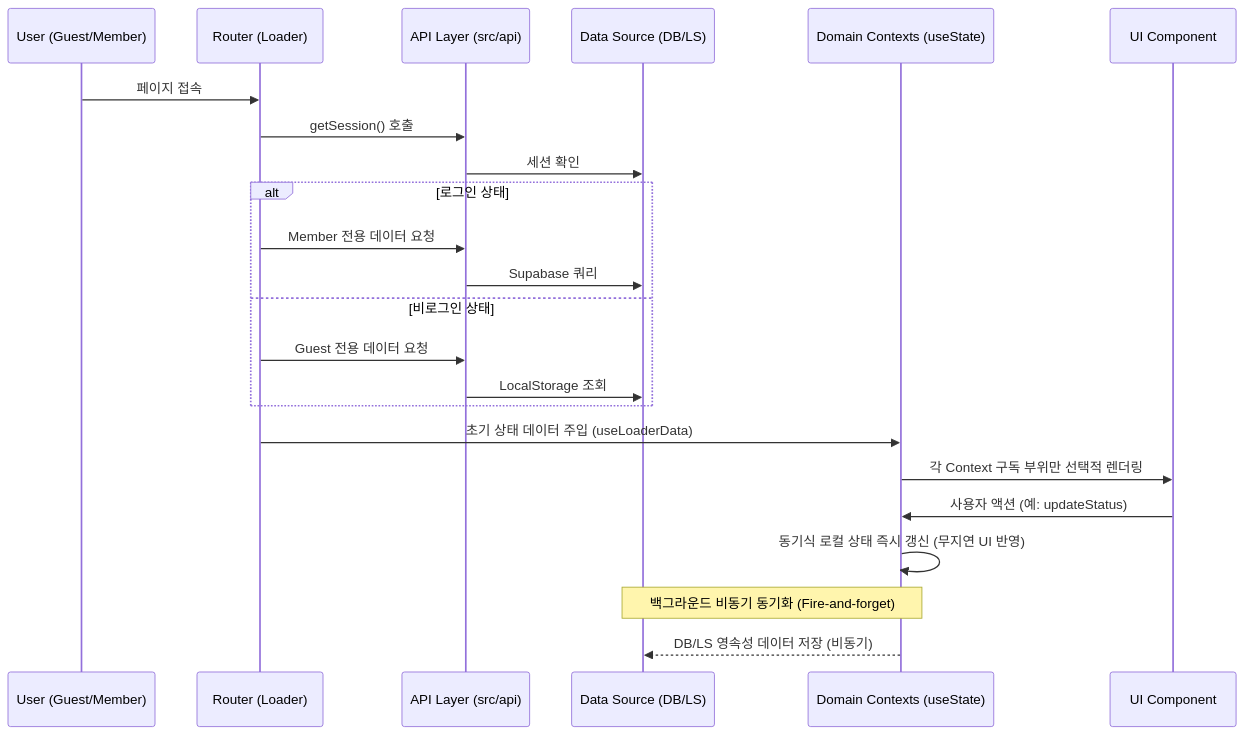
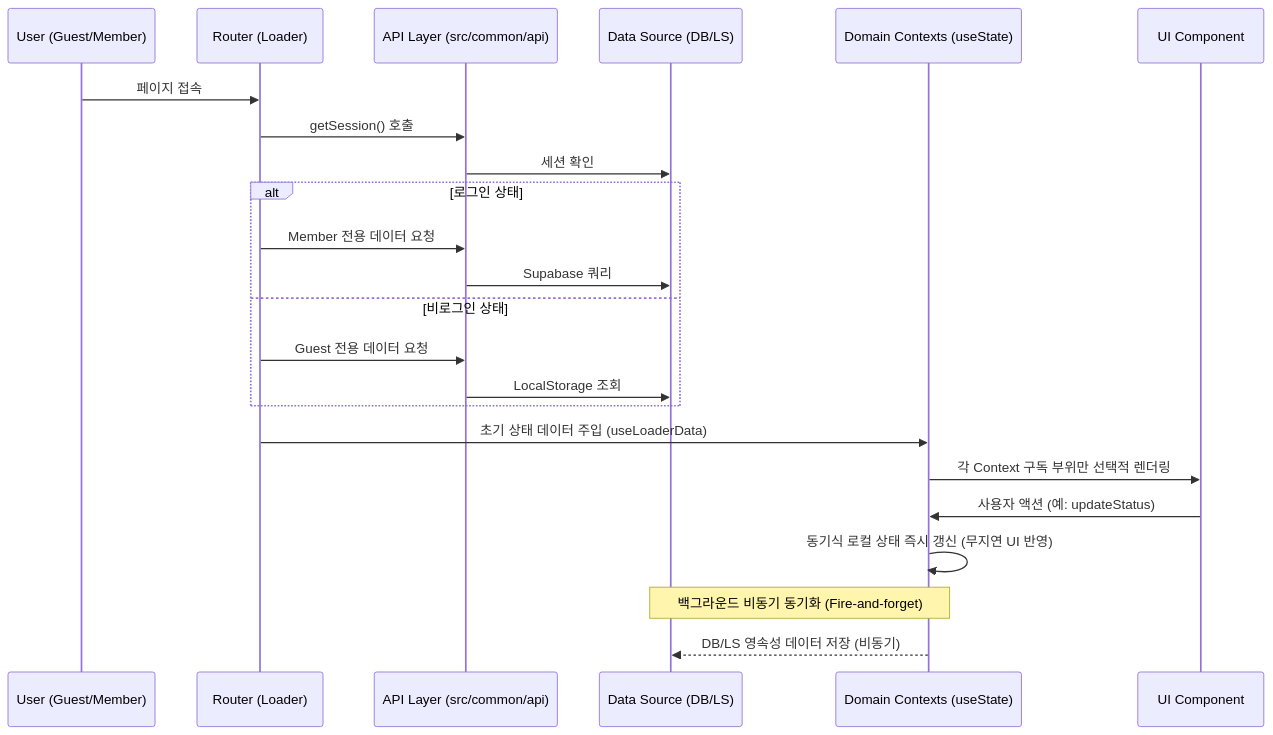
The diagram in src/AGENT.md (funnyhun/funny-voca), drawn with Mermaid before and after one commit. The commit also changed other lines of this file and 173 other files, not shown here.

````diff
--- a/src/AGENT.md
+++ b/src/AGENT.md
@@ -34,27 +42,27 @@
 ```mermaid
 sequenceDiagram
     participant U as User (Guest/Member)
     participant R as Router (Loader)
-    participant A as API Layer (src/api)
+    participant A as API Layer (src/common/api)
     participant D as Data Source (DB/LS)
     participant C as Domain Contexts (useState)
     participant UI as UI Component
 
     U->>R: 페이지 접속
     R->>A: getSession() 호출
     A->>D: 세션 확인
     alt 로그인 상태
         R->>A: Member 전용 데이터 요청
         A->>D: Supabase 쿼리
     else 비로그인 상태
         R->>A: Guest 전용 데이터 요청
         A->>D: LocalStorage 조회
     end
     R->>C: 초기 상태 데이터 주입 (useLoaderData)
     C->>UI: 각 Context 구독 부위만 선택적 렌더링
     
     UI->>C: 사용자 액션 (예: updateStatus)
     C->>C: 동기식 로컬 상태 즉시 갱신 (무지연 UI 반영)
     Note over C,D: 백그라운드 비동기 동기화 (Fire-and-forget)
     C-->>D: DB/LS 영속성 데이터 저장 (비동기)
 ```
````
